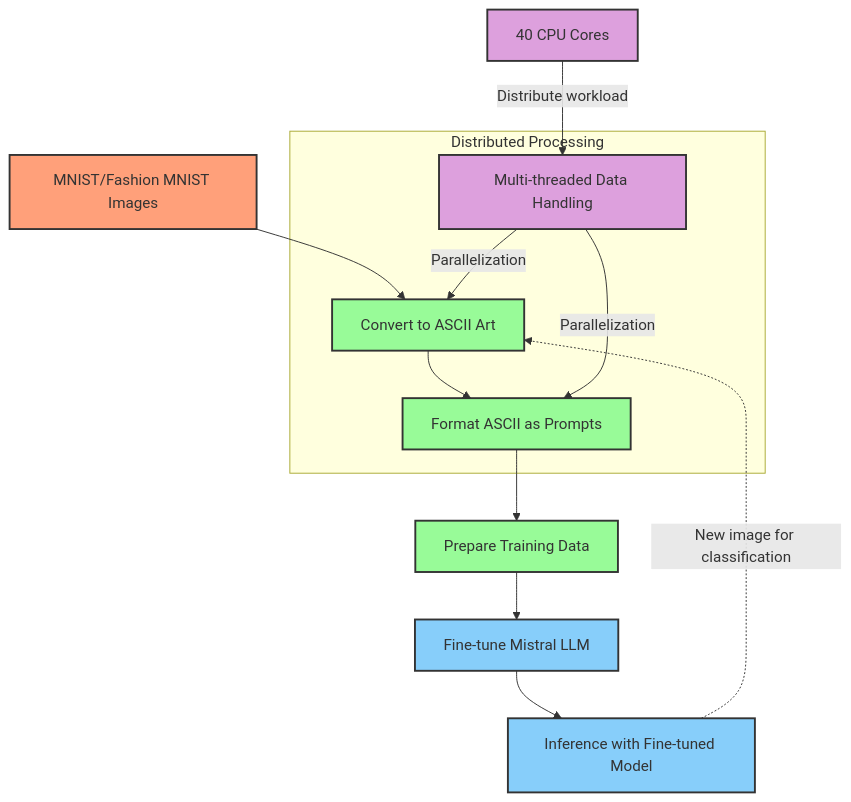
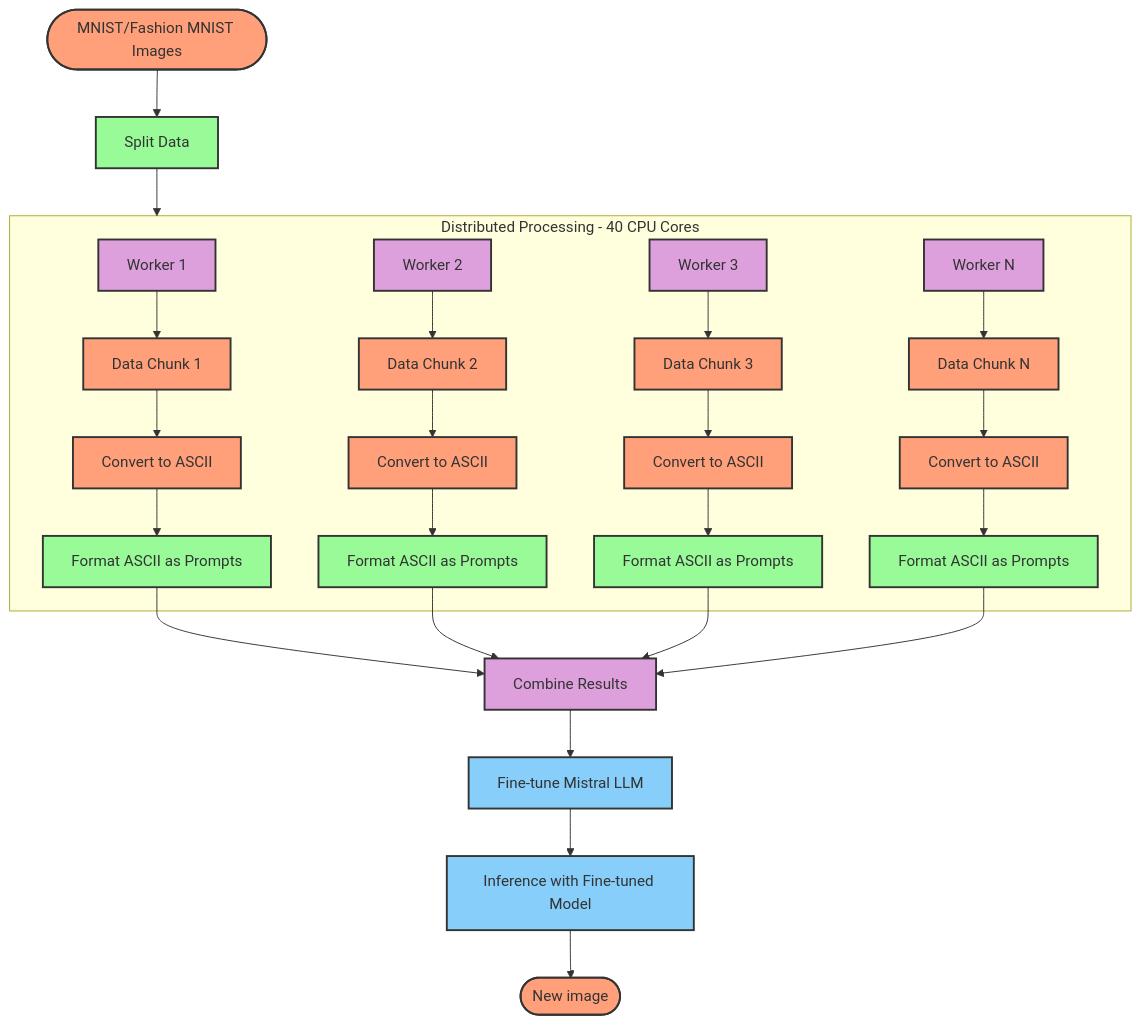
Before and after one commit to blefo/mistral-vision: the diagram in README.md, drawn with Mermaid.

````diff
--- a/README.md
+++ b/README.md
@@ -16,23 +16,31 @@
 ```mermaid
 graph TD
     classDef data fill:#FFA07A,stroke:#333,stroke-width:2px;
     classDef process fill:#98FB98,stroke:#333,stroke-width:2px;
     classDef model fill:#87CEFA,stroke:#333,stroke-width:2px;
     classDef distributed fill:#DDA0DD,stroke:#333,stroke-width:2px;
+    A([MNIST/Fashion MNIST Images]):::data --> B[Split Data]:::process
+    B --> DP
+    subgraph DP[Distributed Processing - 40 CPU Cores]
+        D1[Worker 1]:::distributed --> E1[Data Chunk 1]:::data
+        D2[Worker 2]:::distributed --> E2[Data Chunk 2]:::data
+        D3[Worker 3]:::distributed --> E3[Data Chunk 3]:::data
+        D4[Worker N]:::distributed --> E4[Data Chunk 4]:::data
+        E1[Data Chunk 1]:::data --> C1[Convert to ASCII]:::process
+        E2[Data Chunk 2]:::data --> C2[Convert to ASCII]:::process
+        E3[Data Chunk 3]:::data --> C3[Convert to ASCII]:::process
+        E4[Data Chunk N]:::data --> C4[Convert to ASCII]:::process
+        C1[Convert to ASCII]:::data --> F1[Format ASCII as Prompts]:::process
+        C2[Convert to ASCII]:::data --> F2[Format ASCII as Prompts]:::process
+        C3[Convert to ASCII]:::data --> F3[Format ASCII as Prompts]:::process
+        C4[Convert to ASCII]:::data --> F4[Format ASCII as Prompts]:::process
+    end
+    F1 --> F[Combine Results]:::distributed
+    F2 --> F[Combine Results]:::distributed
+    F3 --> F[Combine Results]:::distributed
+    F4 --> F[Combine Results]:::distributed
+    F --> I[Fine-tune Mistral LLM]:::model
+    I --> J[Inference with Fine-tuned Model]:::model
+    J --> K([New image]):::data
 
-    A[MNIST/Fashion MNIST Images]:::data --> B
-    subgraph DP[Distributed Processing]
-        B[Convert to ASCII Art]:::process
-        C[Format ASCII as Prompts]:::process
-        D[Multi-threaded Data Handling]:::distributed
-        B --> C
-        D -->|Parallelization| B
-        D -->|Parallelization| C
-    end
-    C --> E[Prepare Training Data]:::process
-    E --> F[Fine-tune Mistral LLM]:::model
-    F --> G[Inference with Fine-tuned Model]:::model
-    G -.->|New image for classification| B
-
-    H[40 CPU Cores]:::distributed -->|Distribute workload| D
 ```
````
